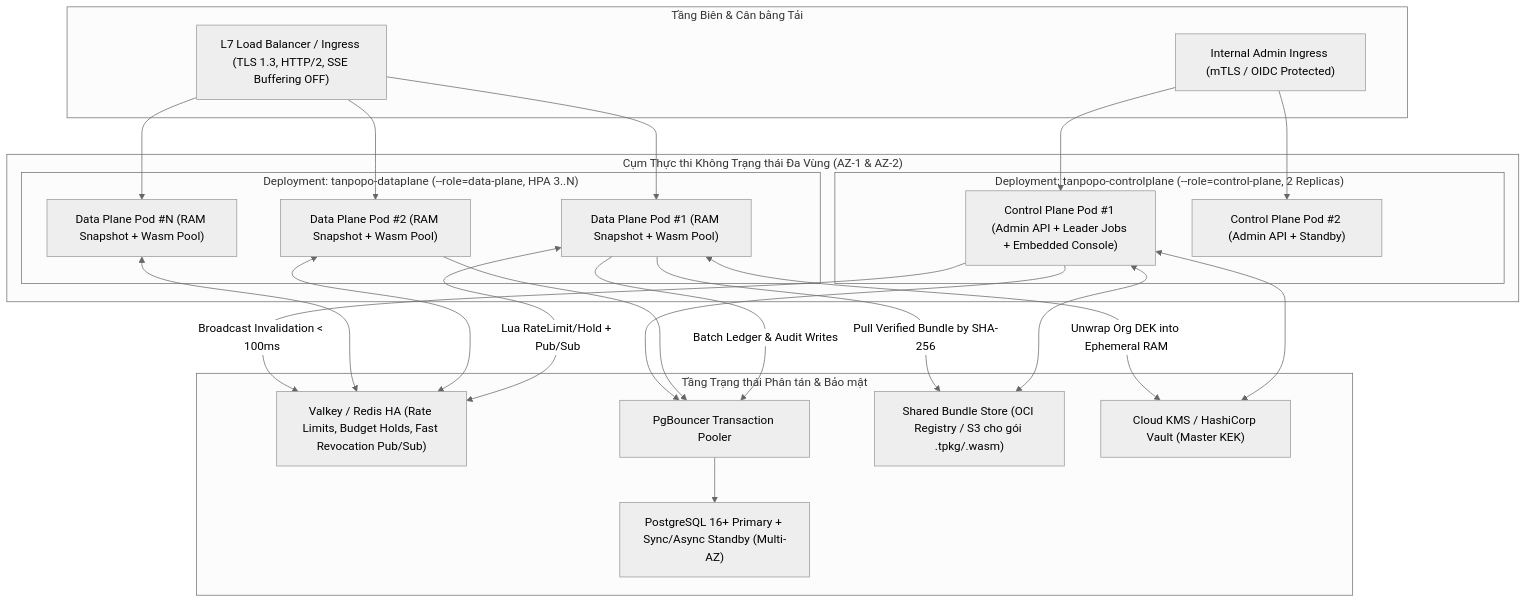
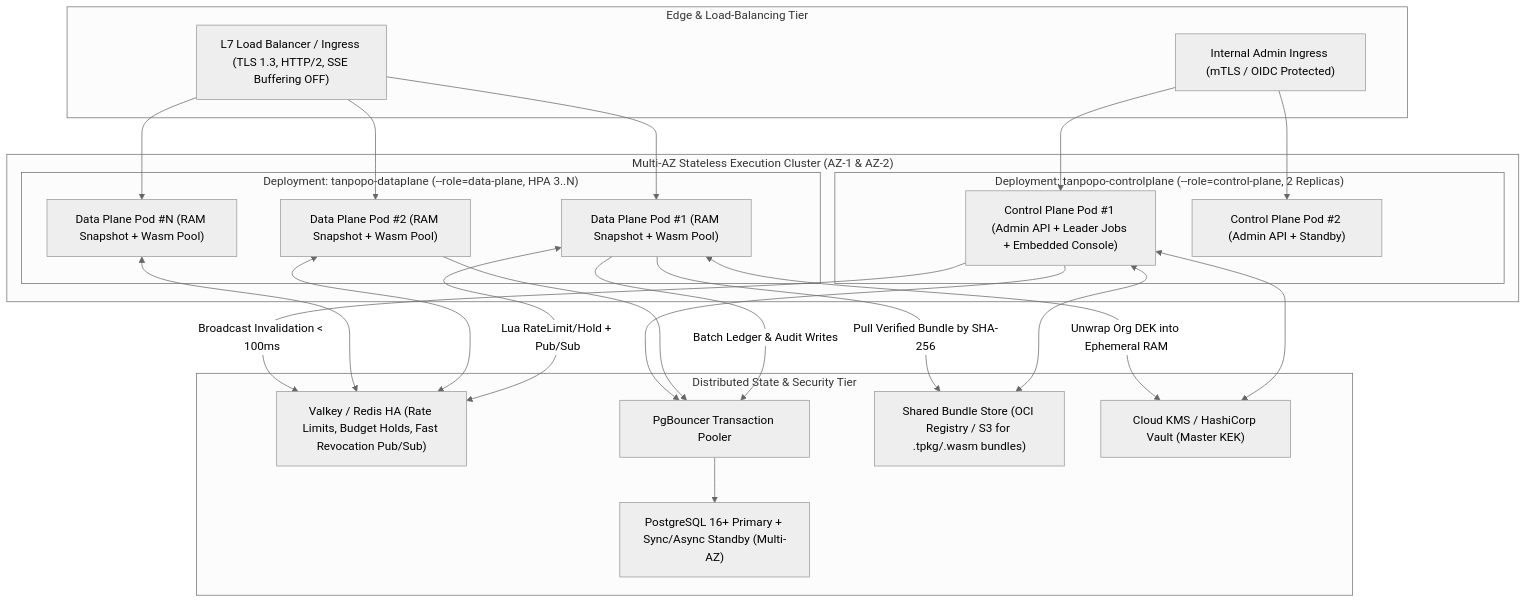
The diagram in docs/architecture/deployment-topology.md (nguywnben/tanpopo), drawn with Mermaid (neutral theme) before and after one commit. The commit also changed other lines of this file and 111 other files, not shown here.

````diff
--- a/docs/architecture/deployment-topology.md
+++ b/docs/architecture/deployment-topology.md
@@ -23,49 +23,49 @@
 ```mermaid
 flowchart TB
-    subgraph Edge["Tầng Biên & Cân bằng Tải"]
+    subgraph Edge["Edge & Load-Balancing Tier"]
         LB["L7 Load Balancer / Ingress (TLS 1.3, HTTP/2, SSE Buffering OFF)"]
         AdminLB["Internal Admin Ingress (mTLS / OIDC Protected)"]
     end
 
-    subgraph K8sAZ["Cụm Thực thi Không Trạng thái Đa Vùng (AZ-1 & AZ-2)"]
+    subgraph K8sAZ["Multi-AZ Stateless Execution Cluster (AZ-1 & AZ-2)"]
         subgraph DPPods["Deployment: tanpopo-dataplane (--role=data-plane, HPA 3..N)"]
             DP1["Data Plane Pod #1 (RAM Snapshot + Wasm Pool)"]
             DP2["Data Plane Pod #2 (RAM Snapshot + Wasm Pool)"]
             DPN["Data Plane Pod #N (RAM Snapshot + Wasm Pool)"]
         end
 
         subgraph CPPods["Deployment: tanpopo-controlplane (--role=control-plane, 2 Replicas)"]
             CP1["Control Plane Pod #1 (Admin API + Leader Jobs + Embedded Console)"]
             CP2["Control Plane Pod #2 (Admin API + Standby)"]
         end
     end
 
-    subgraph SharedState["Tầng Trạng thái Phân tán & Bảo mật"]
+    subgraph SharedState["Distributed State & Security Tier"]
         Valkey["Valkey / Redis HA (Rate Limits, Budget Holds, Fast Revocation Pub/Sub)"]
         PgPool["PgBouncer Transaction Pooler"]
         PG["PostgreSQL 16+ Primary + Sync/Async Standby (Multi-AZ)"]
-        ObjStore["Shared Bundle Store (OCI Registry / S3 cho gói .tpkg/.wasm)"]
+        ObjStore["Shared Bundle Store (OCI Registry / S3 for .tpkg/.wasm bundles)"]
         KMS["Cloud KMS / HashiCorp Vault (Master KEK)"]
     end
 
     LB --> DP1
     LB --> DP2
     LB --> DPN
     AdminLB --> CP1
     AdminLB --> CP2
 
     DP1 <-->|"Lua RateLimit/Hold + Pub/Sub"| Valkey
     DP2 <--> Valkey
     DPN <--> Valkey
     CP1 -->|"Broadcast Invalidation < 100ms"| Valkey
 
     DP1 -->|"Batch Ledger & Audit Writes"| PgPool
     DP2 --> PgPool
     CP1 --> PgPool
     PgPool --> PG
 
     CP1 <--> ObjStore
     DP1 -->|"Pull Verified Bundle by SHA-256"| ObjStore
     CP1 <--> KMS
     DP1 <-->|"Unwrap Org DEK into Ephemeral RAM"| KMS
 ```
````
